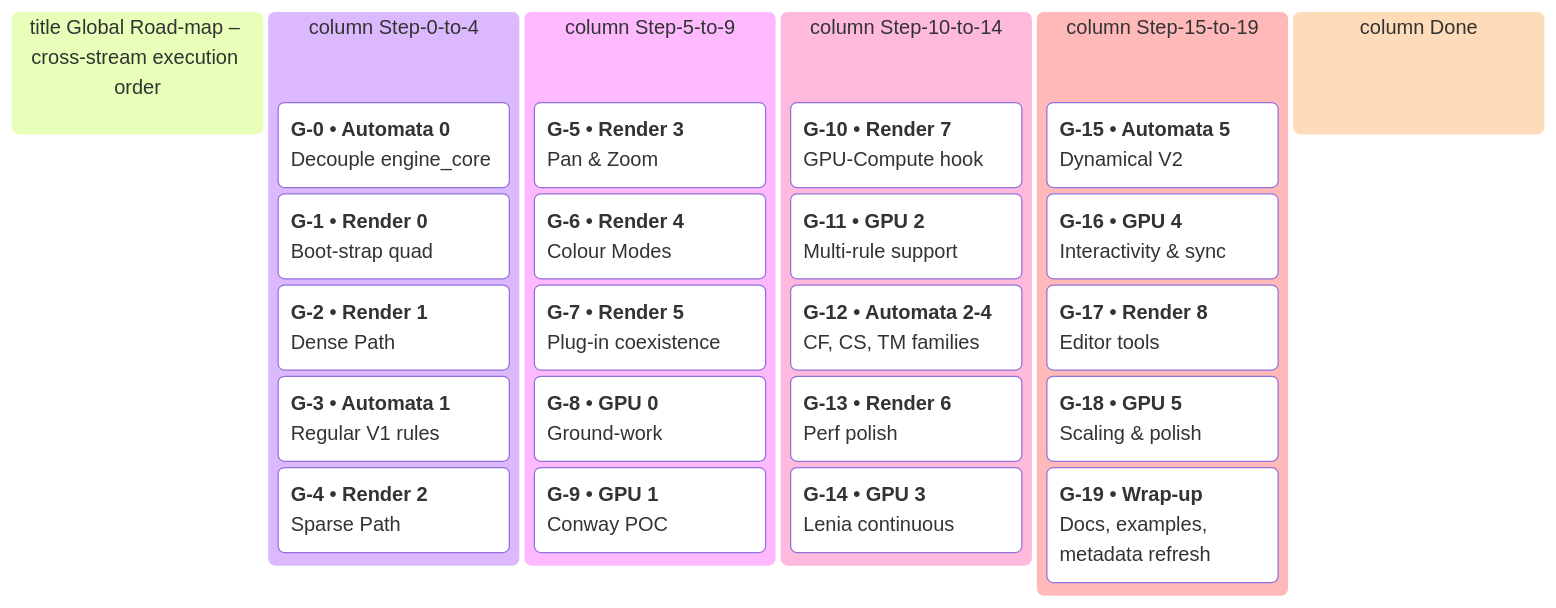
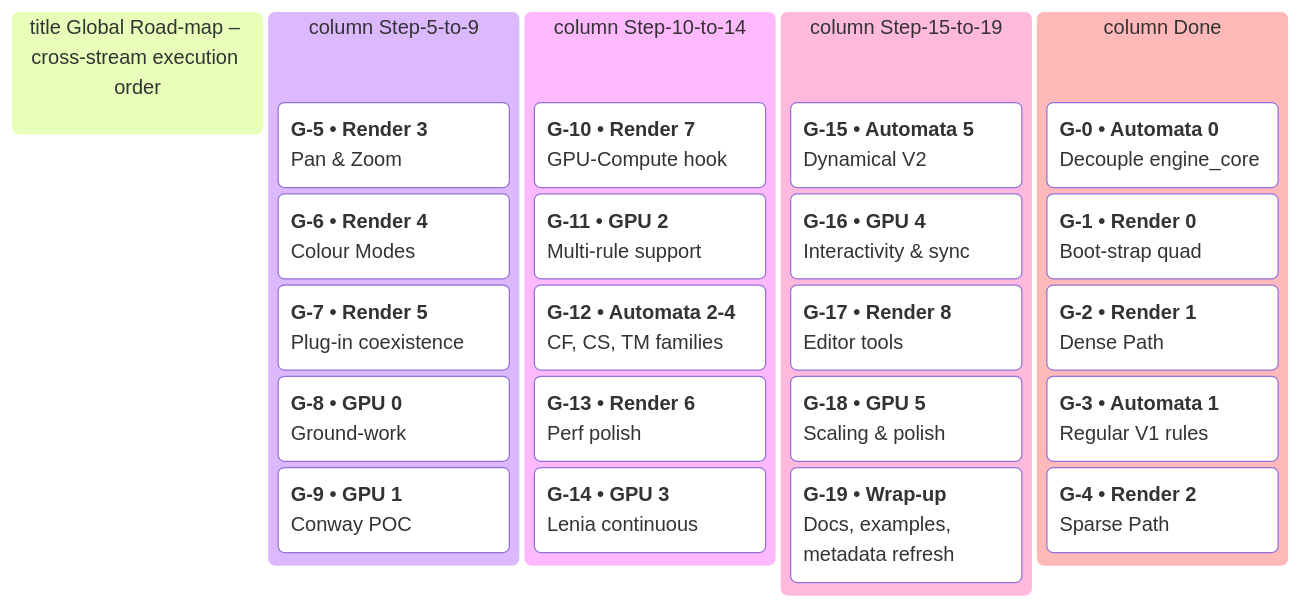
Before and after one commit to JonTDean/s-o-u-l: the diagram in docs/roadmap/2025-Q3-002/implementation_plan.mmd, drawn with Mermaid. The commit also changed 5 other files, not shown here.

Commit message:
Updated roadmaps

```diff
--- a/docs/roadmap/2025-Q3-002/implementation_plan.mmd
+++ b/docs/roadmap/2025-Q3-002/implementation_plan.mmd
@@ -1,27 +1,27 @@
 kanban
     title Global Road‑map – cross‑stream execution order
-    column Step‑0‑to‑4
-        **G‑0 • Automata 0**<br/>Decouple engine_core
-        **G‑1 • Render 0**<br/>Boot‑strap quad
-        **G‑2 • Render 1**<br/>Dense Path
-        **G‑3 • Automata 1**<br/>Regular V1 rules
-        **G‑4 • Render 2**<br/>Sparse Path
+
     column Step‑5‑to‑9
         **G‑5 • Render 3**<br/>Pan & Zoom
         **G‑6 • Render 4**<br/>Colour Modes
         **G‑7 • Render 5**<br/>Plug‑in coexistence
         **G‑8 • GPU 0**<br/>Ground‑work
         **G‑9 • GPU 1**<br/>Conway POC
     column Step‑10‑to‑14
         **G‑10 • Render 7**<br/>GPU‑Compute hook
         **G‑11 • GPU 2**<br/>Multi‑rule support
         **G‑12 • Automata 2‑4**<br/>CF, CS, TM families
         **G‑13 • Render 6**<br/>Perf polish
         **G‑14 • GPU 3**<br/>Lenia continuous
     column Step‑15‑to‑19
         **G‑15 • Automata 5**<br/>Dynamical V2
         **G‑16 • GPU 4**<br/>Interactivity & sync
         **G‑17 • Render 8**<br/>Editor tools
         **G‑18 • GPU 5**<br/>Scaling & polish
         **G‑19 • Wrap‑up**<br/>Docs, examples, metadata refresh
     column Done
+        **G‑0 • Automata 0**<br/>Decouple engine_core
+        **G‑1 • Render 0**<br/>Boot‑strap quad
+        **G‑2 • Render 1**<br/>Dense Path
+        **G‑3 • Automata 1**<br/>Regular V1 rules
+        **G‑4 • Render 2**<br/>Sparse Path
```
